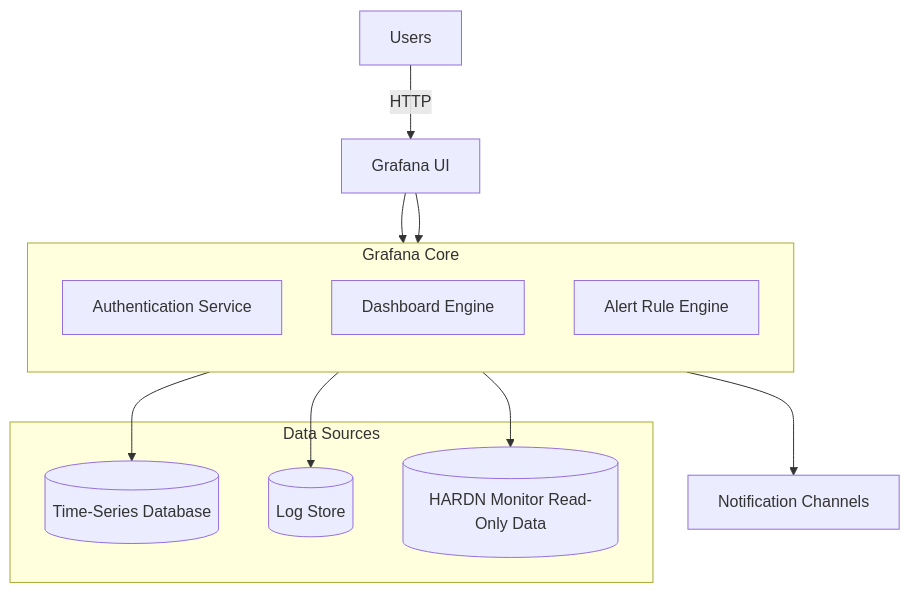
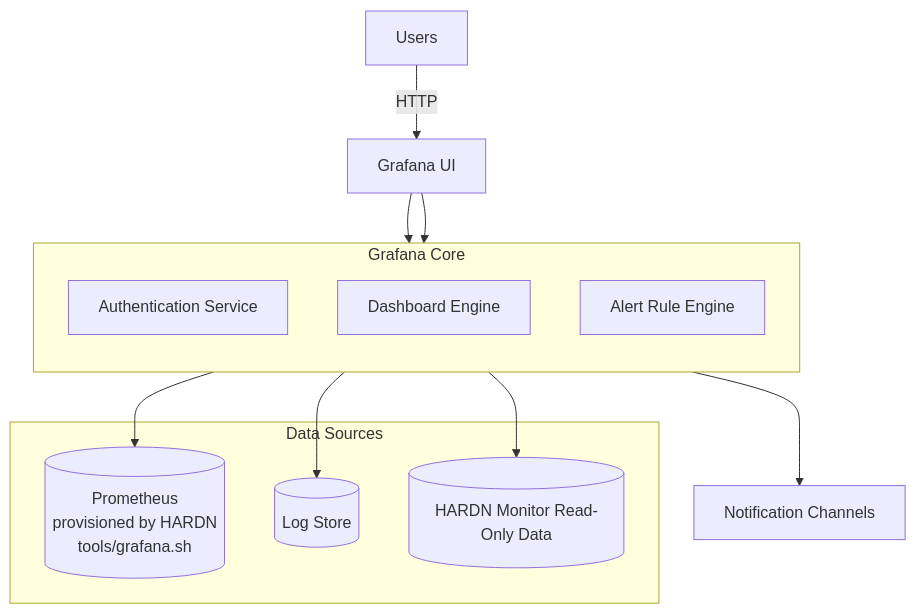
Before and after one commit to Security-International-Group/HARDN: the fourth of 4 diagrams in docs/diagram.md, drawn with Mermaid. The commit also changed other lines of this file and 4 other files, not shown here.

````diff
--- a/docs/diagram.md
+++ b/docs/diagram.md
@@ -177,26 +182,26 @@
 ```mermaid
 graph TD
     U[Users] -->|HTTP| UI[Grafana UI]
 
     subgraph Grafana Core
         direction TB
         AUTH[Authentication Service]
         DASH[Dashboard Engine]
         ALERT[Alert Rule Engine]
     end
 
     UI --> AUTH
     UI --> DASH
 
     subgraph Data Sources
-        TS[(Time-Series Database)]
+        TS[(Prometheus<br/>provisioned by HARDN<br/>tools/grafana.sh)]
         LOG[(Log Store)]
         RO[(HARDN Monitor Read-Only Data)]
     end
 
     DASH --> TS
     DASH --> LOG
     DASH --> RO
 
     ALERT --> NTF[Notification Channels]
 ```
````
